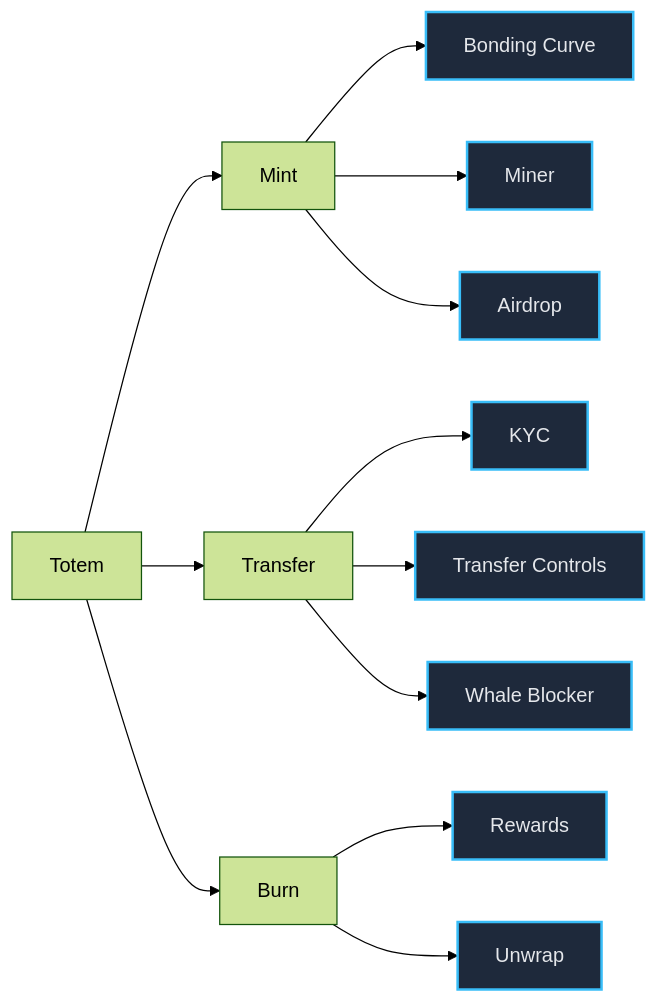
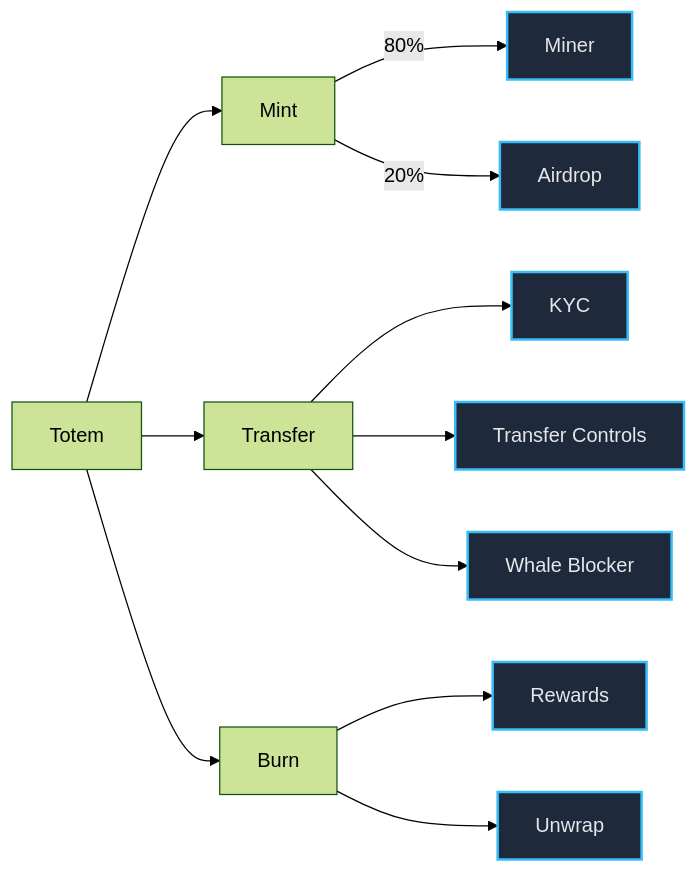
The first of 8 diagrams in README.md (nsjames/totems-whitepaper), drawn with Mermaid (forest theme) before and after one commit.

Commit message:
whitepaper

````diff
--- a/README.md
+++ b/README.md
@@ -29,45 +29,43 @@
 ```mermaid
 flowchart LR
 %% Token Core
   Token["Totem"]
 
 %% Internal Actions
   Mint["Mint"]
   Transfer["Transfer"]
   Burn["Burn"]
 
 %% External Mods (Contracts)
-  BondingCurve["Bonding Curve"]
   Miner["Miner"]
   Airdrop["Airdrop"]
 
   KYC["KYC"]
   TransferControls["Transfer Controls"]
 
   Rewards["Rewards"]
   Unwrap["Unwrap"]
   WhaleBlocker["Whale Blocker"]
 
 %% Structure
   Token --> Mint
   Token --> Transfer
   Token --> Burn
 
 %% Mint mods
-  Mint --> BondingCurve
-  Mint --> Miner
-  Mint --> Airdrop
+  Mint -->|80%| Miner
+  Mint -->|20%| Airdrop
 
 %% Transfer mods
   Transfer --> KYC
   Transfer --> TransferControls
   Transfer --> WhaleBlocker
 
 %% Burn mods
   Burn --> Rewards
   Burn --> Unwrap
 
 %% Styles
   classDef mod fill:#1e293b,stroke:#38bdf8,stroke-width:2px,color:#e5e7eb;
   class BondingCurve,Miner,Airdrop,KYC,TransferControls,WhaleBlocker,Rewards,Unwrap mod;
 ```
````
